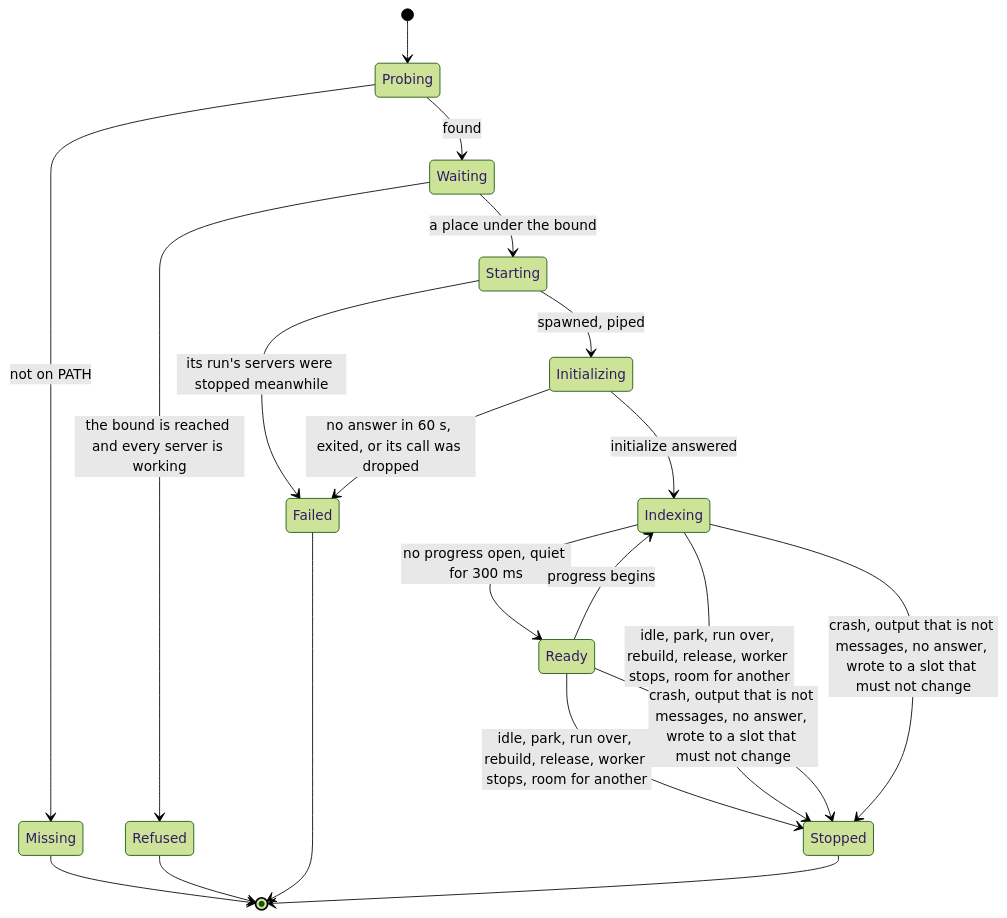
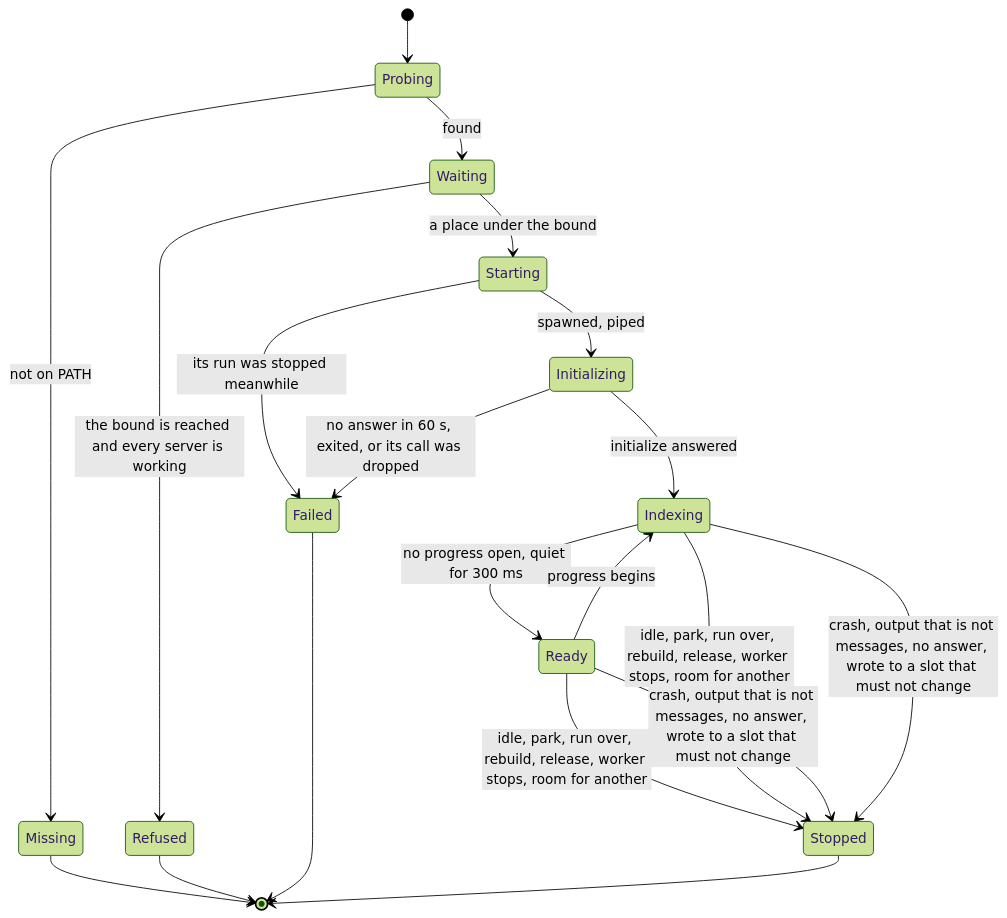
One commit to vymalo/another-adam-rs changed the seventh of 7 diagrams in docs/reference/coder-agent.md. Above: the diagram before and after it, drawn with Mermaid (forest theme). The commit also changed other lines of this file and 3 other files, not shown here.

First line of the commit message:
docs: the diagram of the language server page parses, the ADR counts the tests

````diff
--- a/docs/reference/coder-agent.md
+++ b/docs/reference/coder-agent.md
@@ -482,22 +482,22 @@
 ```mermaid
 stateDiagram-v2
     [*] --> Probing
     Probing --> Missing: not on PATH
     Probing --> Waiting: found
     Waiting --> Refused: the bound is reached and every server is working
     Waiting --> Starting: a place under the bound
     Starting --> Initializing: spawned, piped
-    Starting --> Failed: its run's servers were stopped meanwhile
+    Starting --> Failed: its run was stopped meanwhile
     Initializing --> Indexing: initialize answered
     Initializing --> Failed: no answer in 60 s, exited, or its call was dropped
     Indexing --> Ready: no progress open, quiet for 300 ms
     Ready --> Indexing: progress begins
     Ready --> Stopped: idle, park, run over, rebuild, release, worker stops, room for another
     Indexing --> Stopped: idle, park, run over, rebuild, release, worker stops, room for another
     Ready --> Stopped: crash, output that is not messages, no answer, wrote to a slot that must not change
     Indexing --> Stopped: crash, output that is not messages, no answer, wrote to a slot that must not change
     Missing --> [*]
     Refused --> [*]
     Failed --> [*]
     Stopped --> [*]
 ```
````
